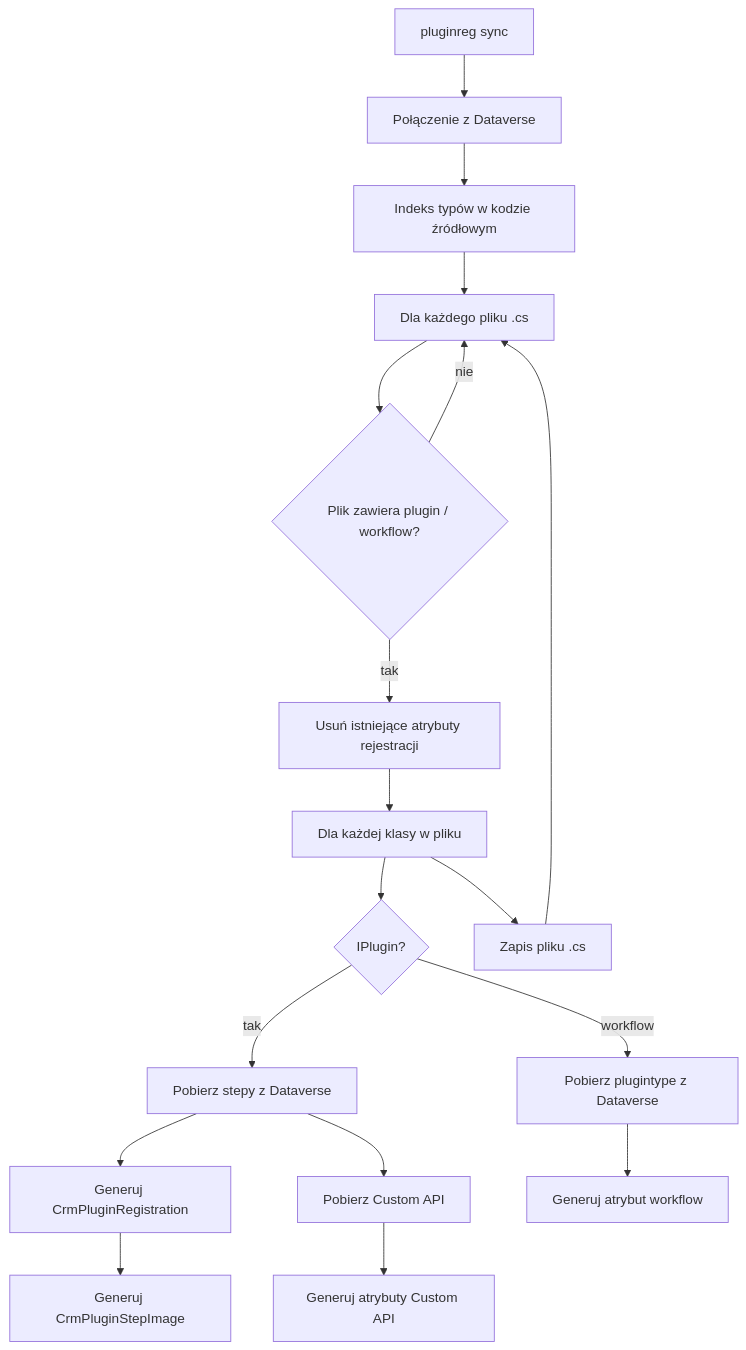
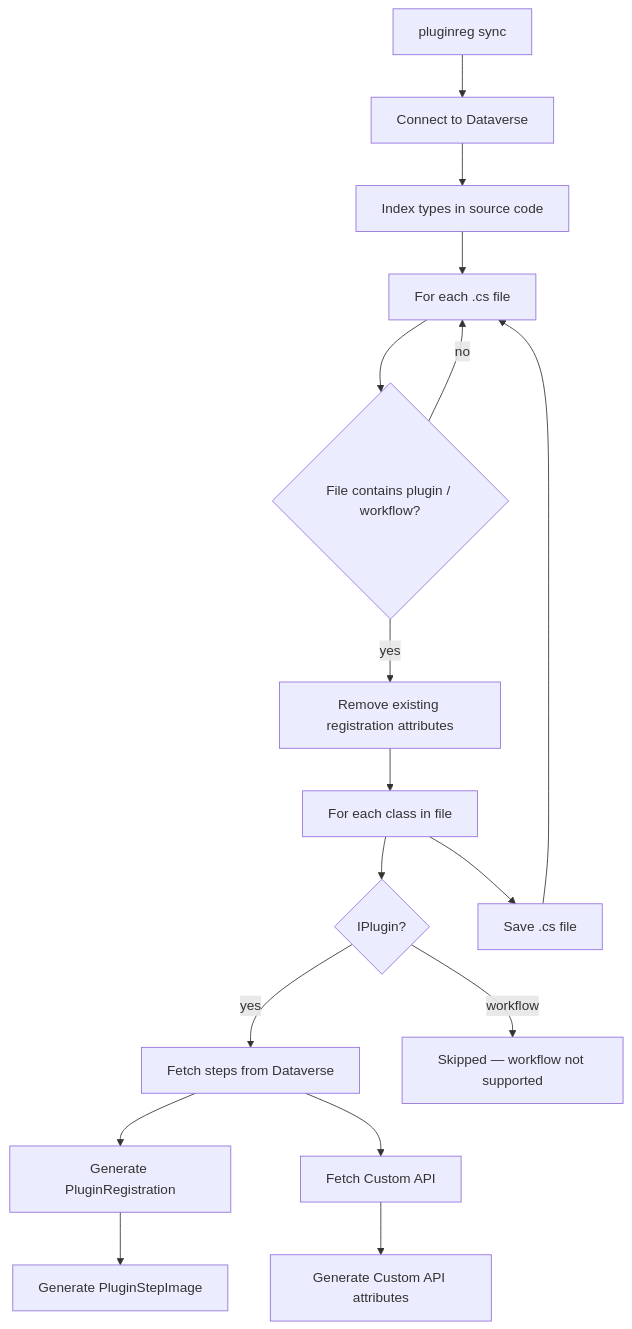
The diagram in docs/sync.md (crstPawel/PluginRegistration), drawn with Mermaid before and after one commit. The commit also changed other lines of this file and 59 other files, not shown here.

````diff
--- a/docs/sync.md
+++ b/docs/sync.md
@@ -17,20 +40,19 @@
 ```mermaid
 flowchart TD
-    A["pluginreg sync"] --> B["Połączenie z Dataverse"]
-    B --> C["Indeks typów w kodzie źródłowym"]
-    C --> D["Dla każdego pliku .cs"]
-    D --> E{"Plik zawiera plugin / workflow?"}
-    E -->|nie| D
-    E -->|tak| F["Usuń istniejące atrybuty rejestracji"]
-    F --> G["Dla każdej klasy w pliku"]
+    A["pluginreg sync"] --> B["Connect to Dataverse"]
+    B --> C["Index types in source code"]
+    C --> D["For each .cs file"]
+    D --> E{"File contains plugin / workflow?"}
+    E -->|no| D
+    E -->|yes| F["Remove existing registration attributes"]
+    F --> G["For each class in file"]
     G --> H{"IPlugin?"}
-    H -->|tak| I["Pobierz stepy z Dataverse"]
-    I --> J["Generuj CrmPluginRegistration"]
-    J --> K["Generuj CrmPluginStepImage"]
-    I --> L["Pobierz Custom API"]
-    L --> M["Generuj atrybuty Custom API"]
-    H -->|workflow| N["Pobierz plugintype z Dataverse"]
-    N --> O["Generuj atrybut workflow"]
-    G --> P["Zapis pliku .cs"]
+    H -->|yes| I["Fetch steps from Dataverse"]
+    I --> J["Generate PluginRegistration"]
+    J --> K["Generate PluginStepImage"]
+    I --> L["Fetch Custom API"]
+    L --> M["Generate Custom API attributes"]
+    H -->|workflow| N["Skipped — workflow not supported"]
+    G --> P["Save .cs file"]
     P --> D
 ```
````
